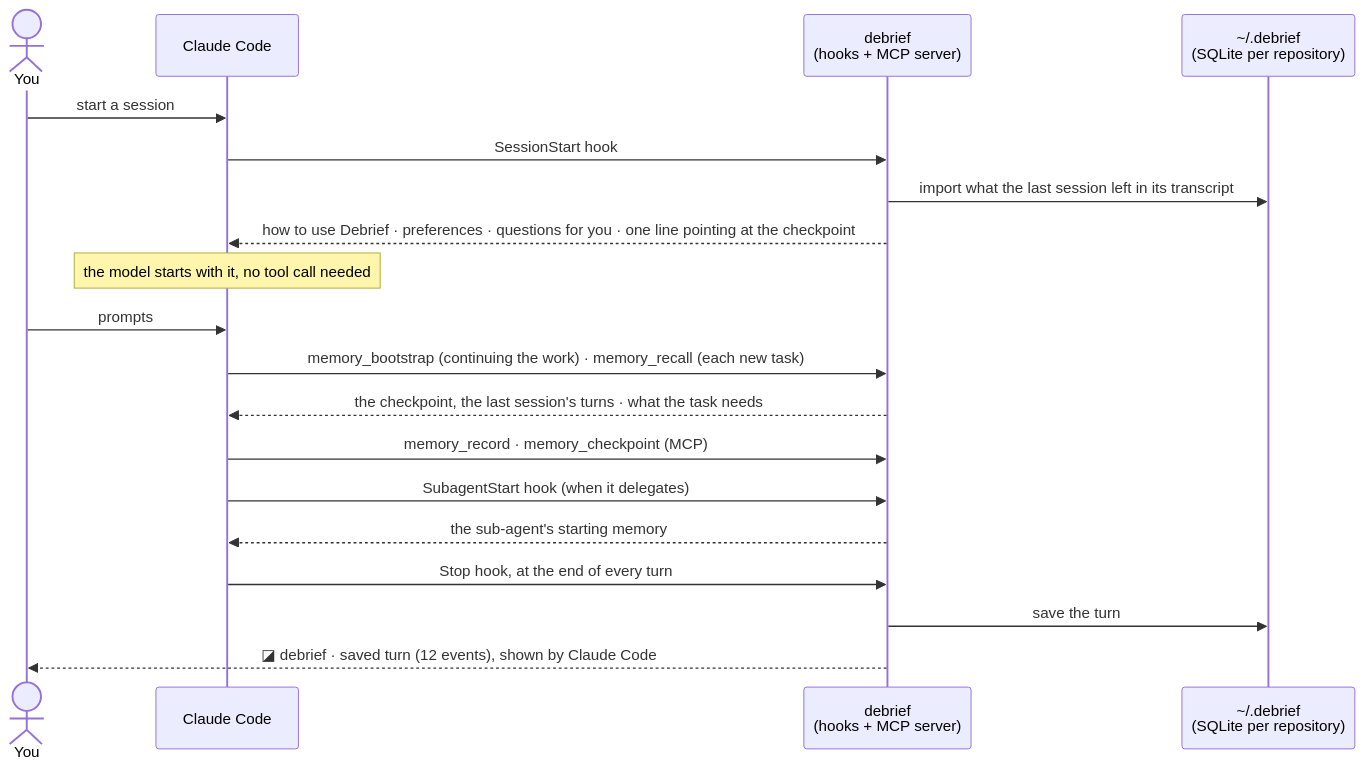
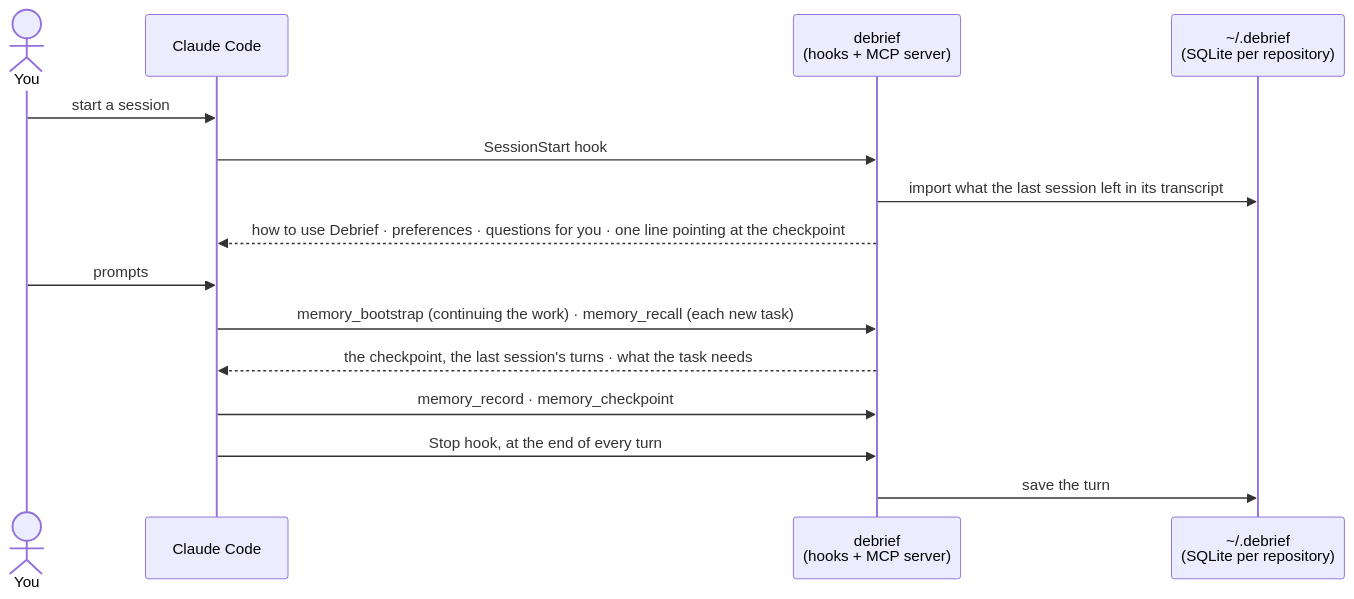
Before and after one commit to 0xAysh/debrief: the diagram in README.md, drawn with Mermaid. The commit also changed other lines of this file and 6 other files, not shown here.

````diff
--- a/README.md
+++ b/README.md
@@ -19,22 +45,18 @@
 ```mermaid
 sequenceDiagram
     actor You
     participant CC as Claude Code
     participant D as debrief<br/>(hooks + MCP server)
     participant DB as ~/.debrief<br/>(SQLite per repository)
 
     You->>CC: start a session
     CC->>D: SessionStart hook
     D->>DB: import what the last session left in its transcript
     D-->>CC: how to use Debrief · preferences · questions for you · one line pointing at the checkpoint
-    Note over CC: the model starts with it, no tool call needed
     You->>CC: prompts
     CC->>D: memory_bootstrap (continuing the work) · memory_recall (each new task)
     D-->>CC: the checkpoint, the last session's turns · what the task needs
-    CC->>D: memory_record · memory_checkpoint (MCP)
-    CC->>D: SubagentStart hook (when it delegates)
-    D-->>CC: the sub-agent's starting memory
+    CC->>D: memory_record · memory_checkpoint
     CC->>D: Stop hook, at the end of every turn
     D->>DB: save the turn
-    D-->>You: ◪ debrief · saved turn (12 events), shown by Claude Code
 ```
````
